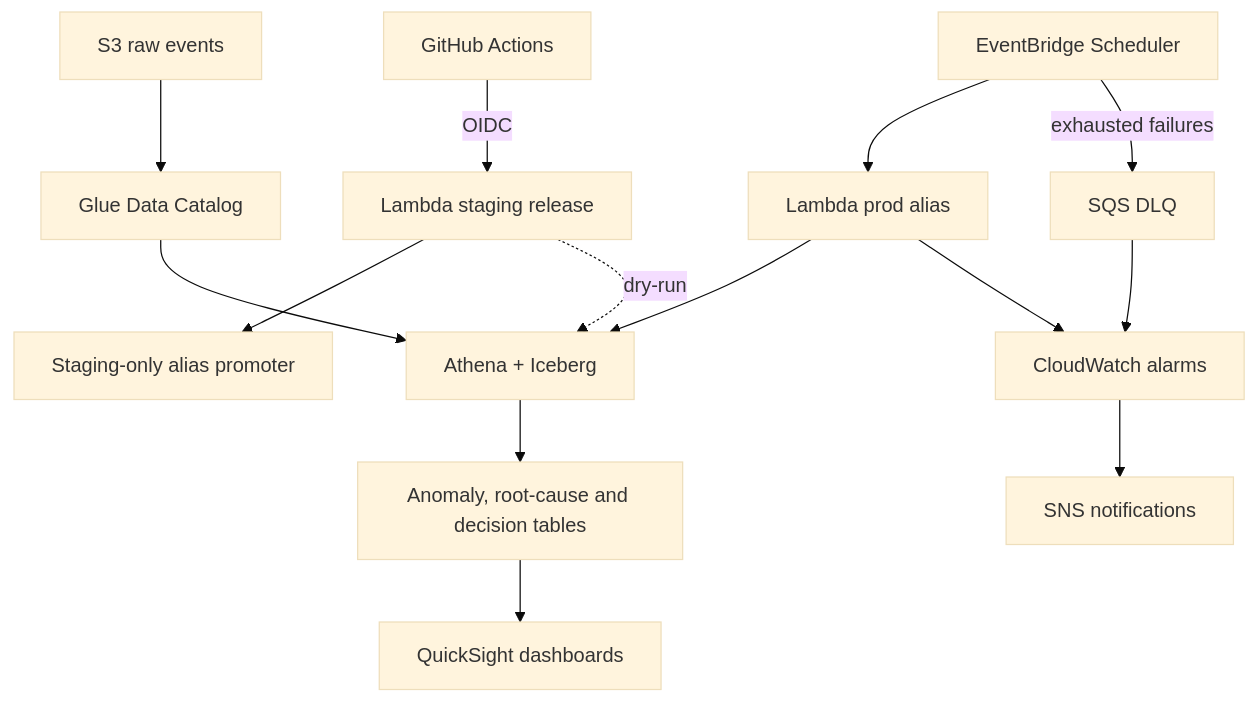
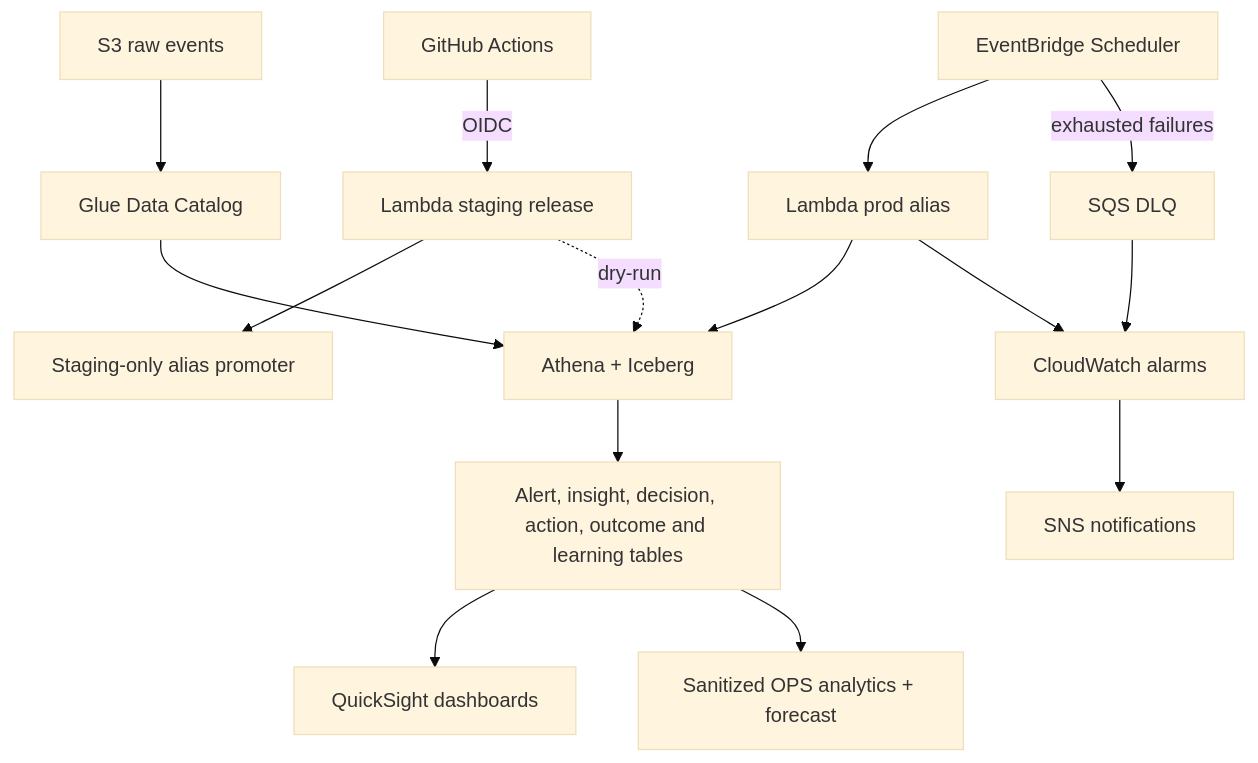
One commit to Andy-JunXiong/GLAP-AI-Decision-Platform changed the second of 2 diagrams in README.md. Above: the diagram before and after it, drawn with Mermaid (base theme). The commit also changed other lines of this file and 10 other files, not shown here.

Commit message:
Add live OPS analytics and forecast

````diff
--- a/README.md
+++ b/README.md
@@ -123,18 +125,19 @@
 ```mermaid
 flowchart TB
     EB[EventBridge Scheduler] --> PROD[Lambda prod alias]
     GH[GitHub Actions] -->|OIDC| STAGE[Lambda staging release]
     STAGE --> PROMOTER[Staging-only alias promoter]
 
     S3RAW[S3 raw events] --> GLUE[Glue Data Catalog]
     GLUE --> ATHENA[Athena + Iceberg]
     PROD --> ATHENA
     STAGE -. dry-run .-> ATHENA
-    ATHENA --> TABLES[Anomaly, root-cause and decision tables]
+    ATHENA --> TABLES[Alert, insight, decision, action, outcome and learning tables]
     TABLES --> QS[QuickSight dashboards]
+    TABLES --> PAGES[Sanitized OPS analytics + forecast]
 
     EB -->|exhausted failures| DLQ[SQS DLQ]
     PROD --> CW[CloudWatch alarms]
     DLQ --> CW
     CW --> SNS[SNS notifications]
 ```
````
